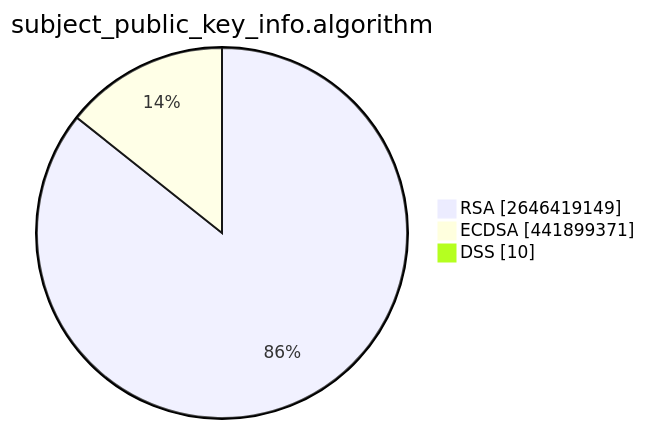
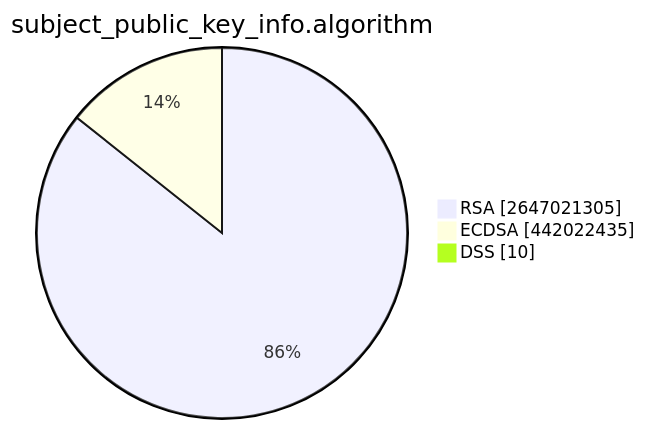
The second of 15 diagrams in TOTAL/README.md (christiankrug/ctmonitor_visualization), drawn with Mermaid before and after one commit. The commit also changed other lines of this file, not shown here.

````diff
--- a/TOTAL/README.md
+++ b/TOTAL/README.md
@@ -6,7 +6,7 @@
 ```mermaid
 pie showData
 title subject_public_key_info.algorithm
-"RSA" :2646419149
-"ECDSA" :441899371
+"RSA" :2647021305
+"ECDSA" :442022435
 "DSS" :10
 ```
````
